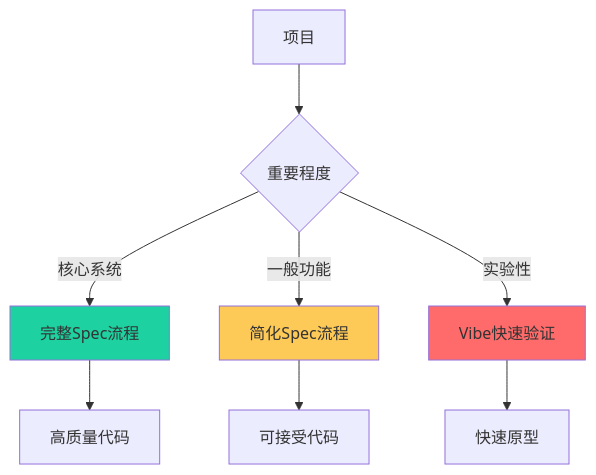
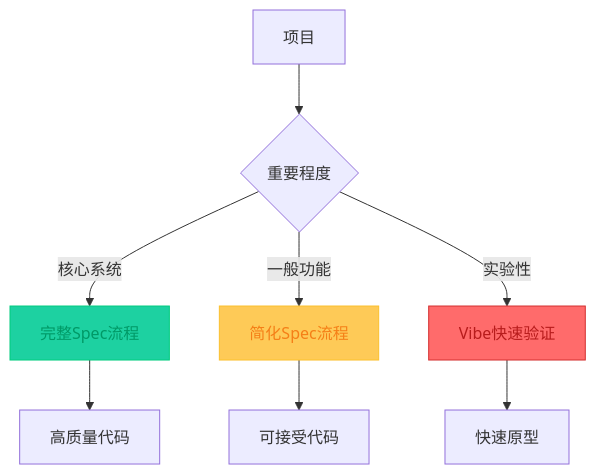
One commit to FreezeSoul/freezesoul.github.com changed the tenth of 10 diagrams in _posts/2025-08-01-ai-coding-paradigms.md. Above: the diagram before and after it, drawn with Mermaid. The commit also changed other lines of this file and 9 other files, not shown here.

Commit message:
修正mermaid配色与要求

````diff
--- a/_posts/2025-08-01-ai-coding-paradigms.md
+++ b/_posts/2025-08-01-ai-coding-paradigms.md
@@ -801,15 +801,15 @@
 ```mermaid
 graph TD
     A[项目] --> B{重要程度}
     B -->|核心系统| C[完整Spec流程]
     B -->|一般功能| D[简化Spec流程]
     B -->|实验性| E[Vibe快速验证]
 
     C --> F[高质量代码]
     D --> G[可接受代码]
     E --> H[快速原型]
 
-    style C fill:#1dd1a1
-    style D fill:#feca57
-    style E fill:#ff6b6b
+    style C fill:#1dd1a1,stroke:#00cc7f,color:#009966
+    style D fill:#feca57,stroke:#fbc02d,color:#f57f17
+    style E fill:#ff6b6b,stroke:#d32f2f,color:#b71c1c
 ```
````
